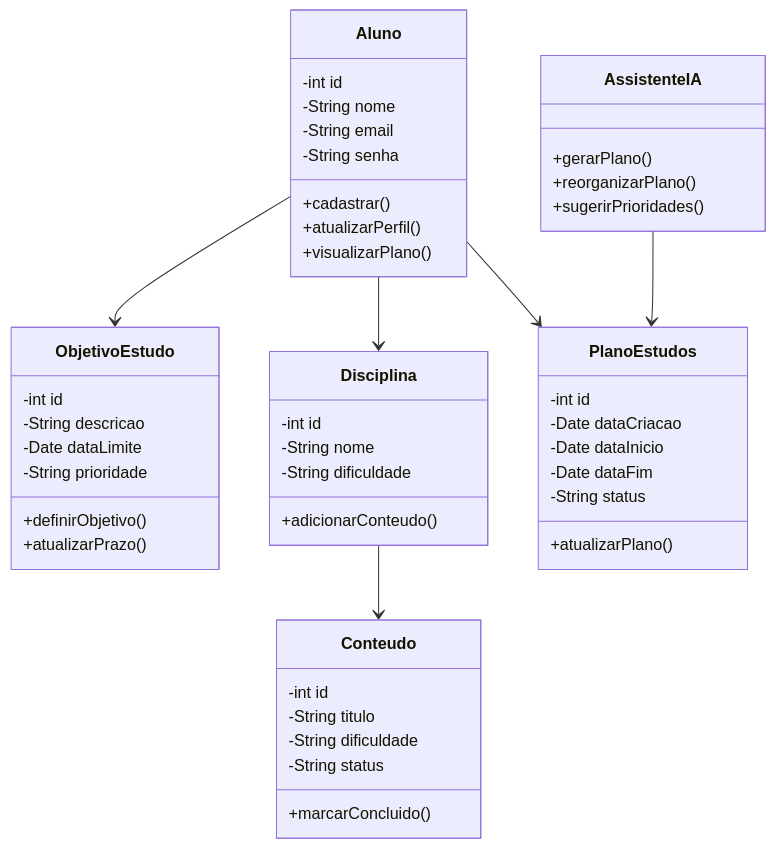
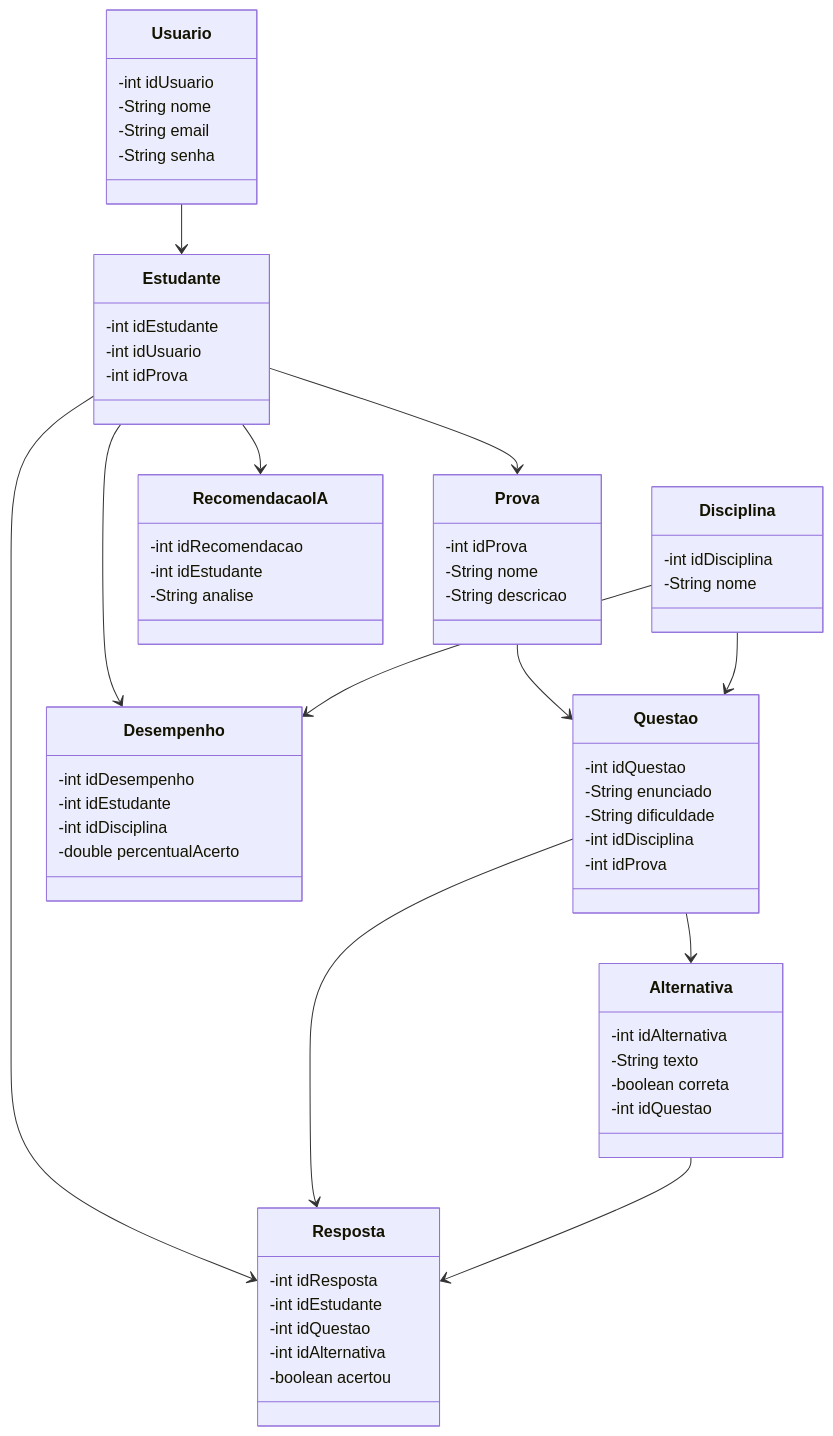
Before and after one commit to EduMab/Projeto-De-Extensao-Em-Criacao-De-Sistemas: the diagram in README.md, drawn with Mermaid. The commit also changed other lines of this file, not shown here.

````diff
--- a/README.md
+++ b/README.md
@@ -18,58 +84,75 @@
 ```mermaid
 classDiagram
 
-class Aluno {
-    -int id
+class Usuario {
+    -int idUsuario
     -String nome
     -String email
     -String senha
-    +cadastrar()
-    +atualizarPerfil()
-    +visualizarPlano()
 }
 
-class ObjetivoEstudo {
-    -int id
+class Estudante {
+    -int idEstudante
+    -int idUsuario
+    -int idProva
+}
+
+class Prova {
+    -int idProva
+    -String nome
     -String descricao
-    -Date dataLimite
-    -String prioridade
-    +definirObjetivo()
-    +atualizarPrazo()
 }
 
 class Disciplina {
-    -int id
+    -int idDisciplina
     -String nome
-    -String dificuldade
-    +adicionarConteudo()
 }
 
-class Conteudo {
-    -int id
-    -String titulo
+class Questao {
+    -int idQuestao
+    -String enunciado
     -String dificuldade
-    -String status
-    +marcarConcluido()
+    -int idDisciplina
+    -int idProva
 }
 
-class PlanoEstudos {
-    -int id
-    -Date dataCriacao
-    -Date dataInicio
-    -Date dataFim
-    -String status
-    +atualizarPlano()
+class Alternativa {
+    -int idAlternativa
+    -String texto
+    -boolean correta
+    -int idQuestao
 }
 
-class AssistenteIA {
-    +gerarPlano()
-    +reorganizarPlano()
-    +sugerirPrioridades()
+class Resposta {
+    -int idResposta
+    -int idEstudante
+    -int idQuestao
+    -int idAlternativa
+    -boolean acertou
 }
 
-Aluno  -->  ObjetivoEstudo
-Aluno  -->  Disciplina
-Aluno  -->  PlanoEstudos
-Disciplina  -->  Conteudo
-AssistenteIA --> PlanoEstudos
+class Desempenho {
+    -int idDesempenho
+    -int idEstudante
+    -int idDisciplina
+    -double percentualAcerto
+}
+
+class RecomendacaoIA {
+    -int idRecomendacao
+    -int idEstudante
+    -String analise
+}
+
+Usuario --> Estudante
+Estudante --> Prova
+Prova --> Questao
+Disciplina --> Questao
+Questao --> Alternativa
+Estudante --> Resposta
+Questao --> Resposta
+Alternativa --> Resposta
+Estudante --> Desempenho
+Disciplina --> Desempenho
+Estudante --> RecomendacaoIA
 ```
````
